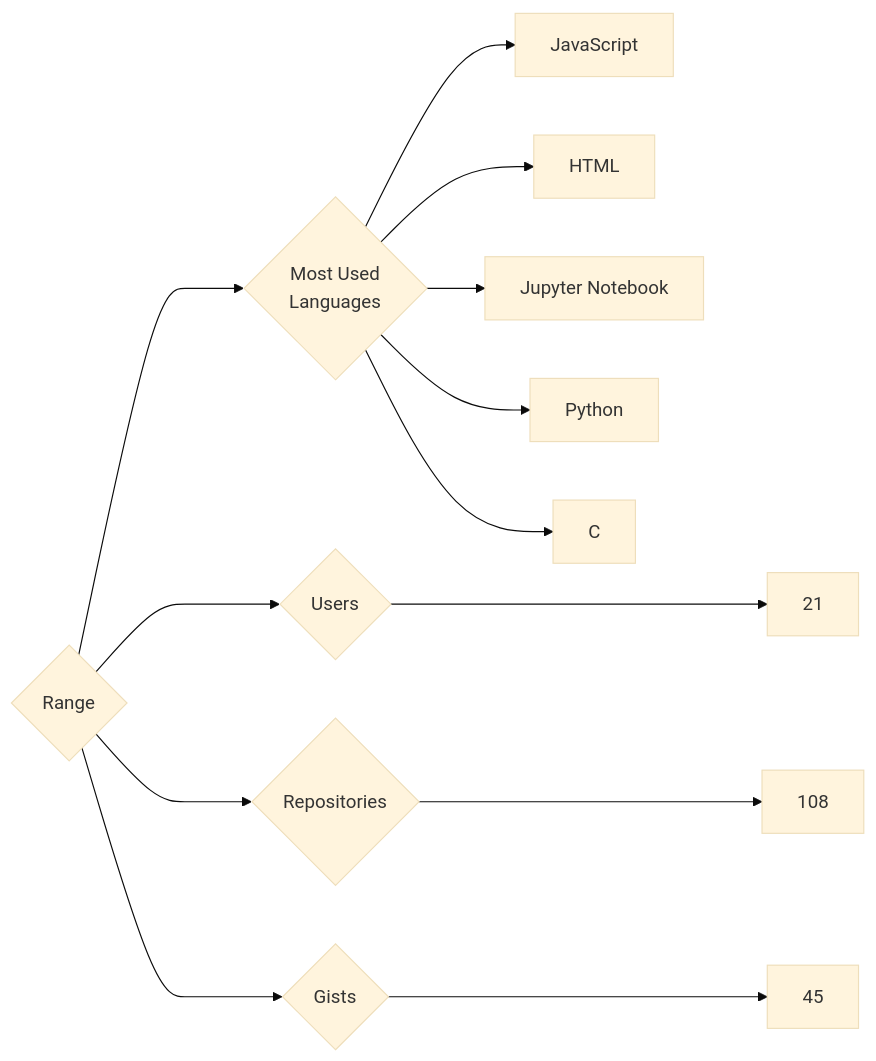
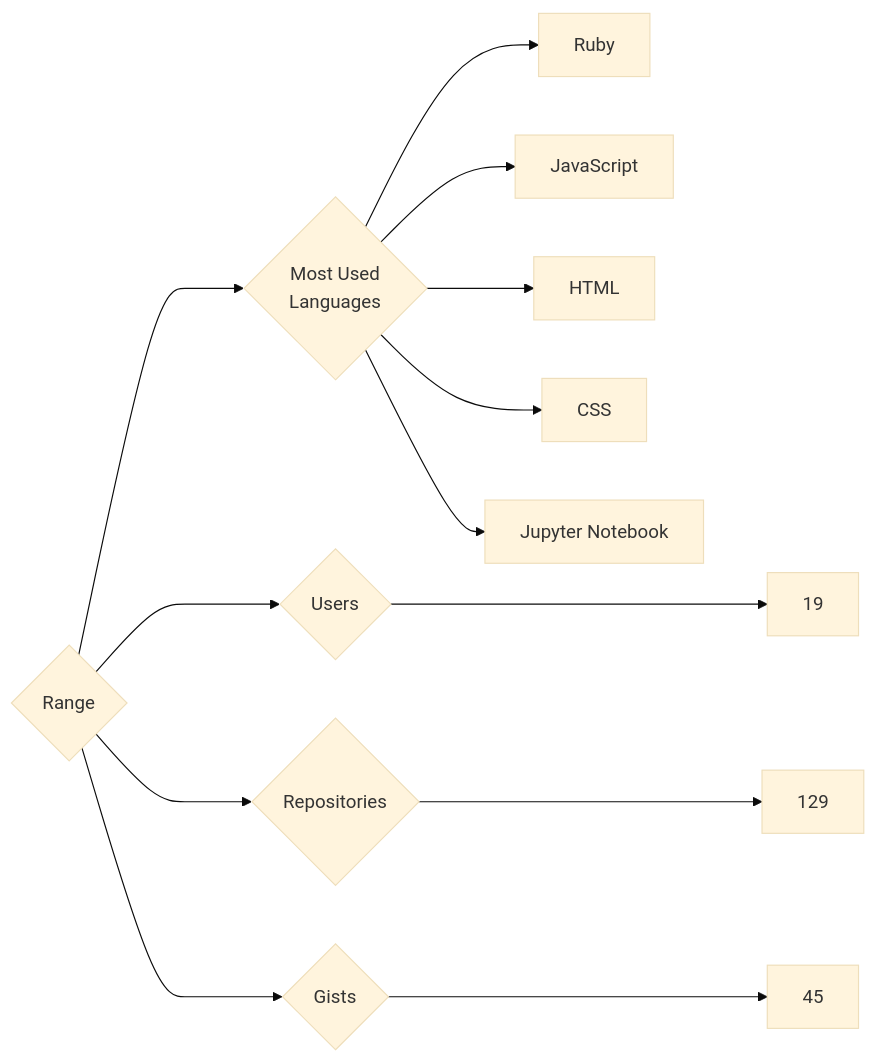
The diagram in targets/Range/README.md (trickest/insiders), drawn with Mermaid (base theme) before and after one commit. The commit also changed 823 other files, not shown here.

````diff
--- a/targets/Range/README.md
+++ b/targets/Range/README.md
@@ -3,13 +3,13 @@
 ```mermaid
 graph LR
 COMPANY_NAME{Range}
-COMPANY_NAME ---> U{Users} ---> UN[21]
-COMPANY_NAME ---> R{Repositories} ---> RN[108]
+COMPANY_NAME ---> U{Users} ---> UN[19]
+COMPANY_NAME ---> R{Repositories} ---> RN[129]
 COMPANY_NAME ---> G{Gists} ---> GN[45]
 COMPANY_NAME ---> ML{Most Used<br>Languages}
+ML --> Ruby[Ruby]
 ML --> JavaScript[JavaScript]
 ML --> HTML[HTML]
+ML --> CSS[CSS]
 ML --> Jupyter_Notebook[Jupyter Notebook]
-ML --> Python[Python]
-ML --> C[C]
 ```
````
